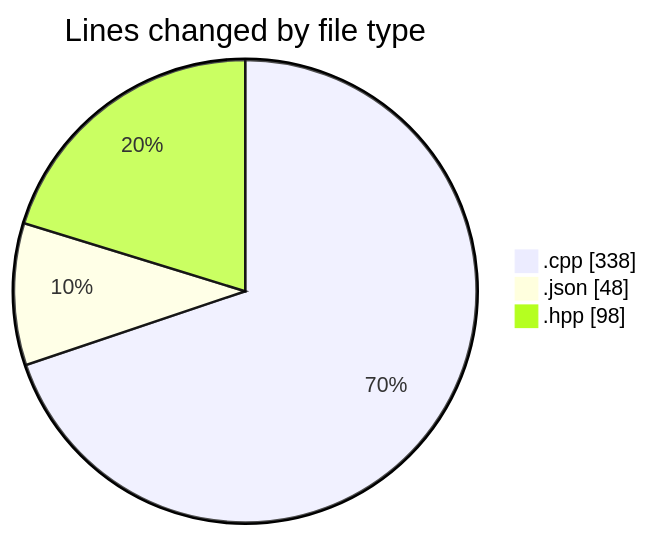
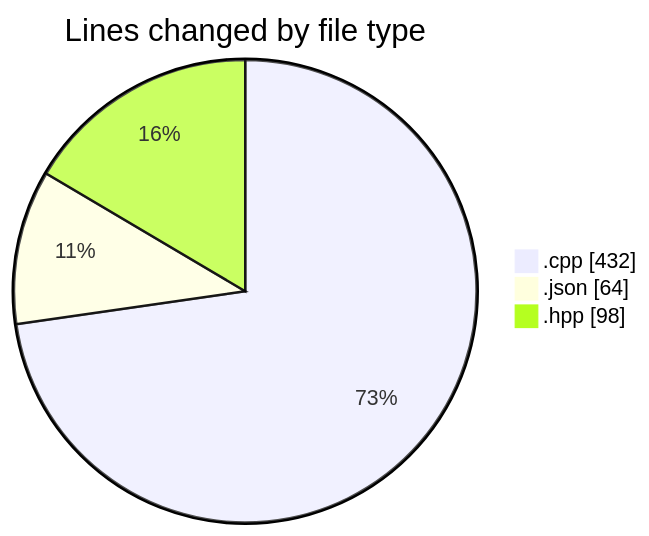
Before and after one commit to Netris89/code-tracking: the first of 2 diagrams in 2025-04-28/date/README.md, drawn with Mermaid. The commit also changed other lines of this file and 1 other file, not shown here.

````diff
--- a/2025-04-28/date/README.md
+++ b/2025-04-28/date/README.md
@@ -22,7 +22,7 @@
 ```mermaid
 pie showData
 title Lines changed by file type
-".cpp" : 338
-".json" : 48
+".cpp" : 432
+".json" : 64
 ".hpp" : 98
 ```
````
